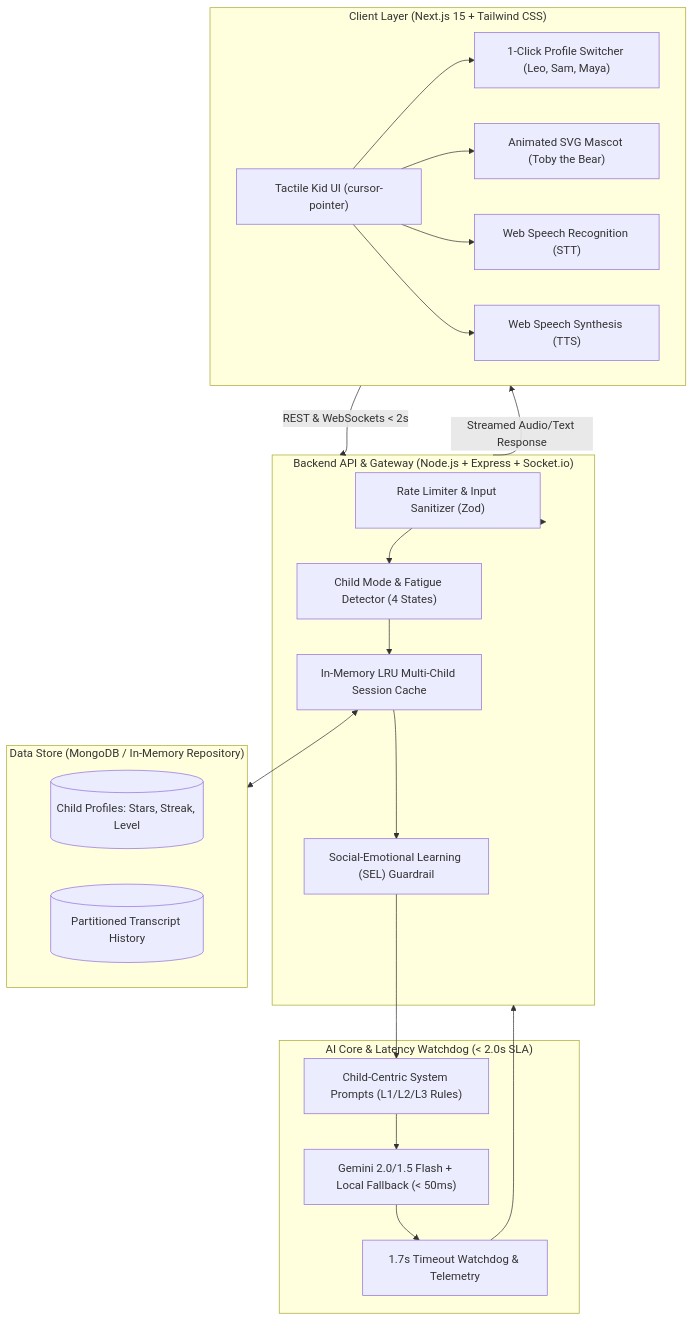
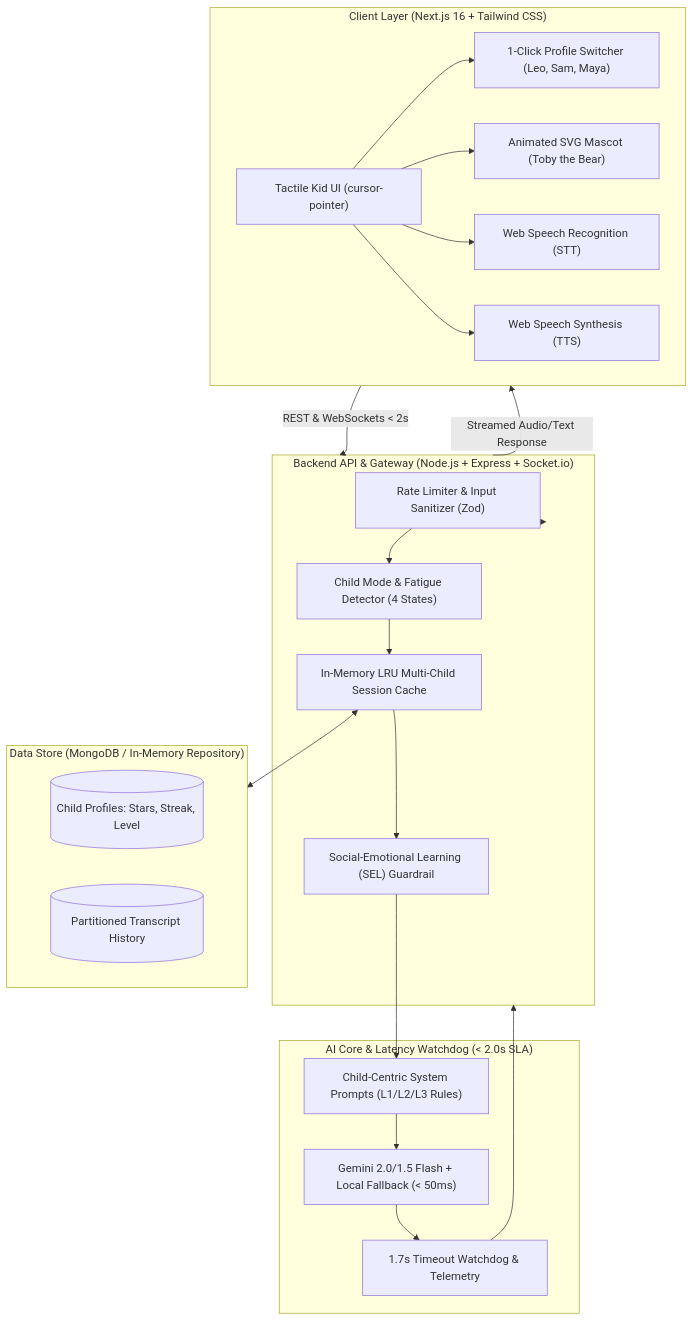
Before and after one commit to Sumon-DevCoder/ai-powered-kids-english-tutor-chatbot: the diagram in README.md, drawn with Mermaid. The commit also changed other lines of this file and 5 other files, not shown here.

Commit message:
initialize frontend project structure and add system architecture documentation

````diff
--- a/README.md
+++ b/README.md
@@ -41,44 +41,44 @@
 ```mermaid
 flowchart TD
-    subgraph Client ["Client Layer (Next.js 15 + Tailwind CSS)"]
+    subgraph Client ["Client Layer (Next.js 16 + Tailwind CSS)"]
         UI["Tactile Kid UI (cursor-pointer)"]
         Mascot["Animated SVG Mascot (Toby the Bear)"]
         STT["Web Speech Recognition (STT)"]
         TTS["Web Speech Synthesis (TTS)"]
         Switcher["1-Click Profile Switcher (Leo, Sam, Maya)"]
         UI --> Switcher
         UI --> Mascot
         UI --> STT
         UI --> TTS
     end
 
     subgraph Backend ["Backend API & Gateway (Node.js + Express + Socket.io)"]
         RateGuard["Rate Limiter & Input Sanitizer (Zod)"]
         ModeEngine["Child Mode & Fatigue Detector (4 States)"]
         ContextLRU["In-Memory LRU Multi-Child Session Cache"]
         SELModule["Social-Emotional Learning (SEL) Guardrail"]
     end
 
     subgraph Intelligence ["AI Core & Latency Watchdog (< 2.0s SLA)"]
         PromptEngine["Child-Centric System Prompts (L1/L2/L3 Rules)"]
         FastLLM["Gemini 2.0/1.5 Flash + Local Fallback (< 50ms)"]
         Watchdog["1.7s Timeout Watchdog & Telemetry"]
     end
 
     subgraph Persistence ["Data Store (MongoDB / In-Memory Repository)"]
         ProfileStore[(Child Profiles: Stars, Streak, Level)]
         SessionStore[(Partitioned Transcript History)]
     end
 
     Client -->|REST & WebSockets < 2s| Backend
     Backend --> RateGuard
     RateGuard --> ModeEngine
     ModeEngine --> ContextLRU
     ContextLRU <--> Persistence
     ContextLRU --> SELModule
     SELModule --> PromptEngine
     PromptEngine --> FastLLM
     FastLLM --> Watchdog
     Watchdog --> Backend
     Backend -->|Streamed Audio/Text Response| Client
 ```
````
